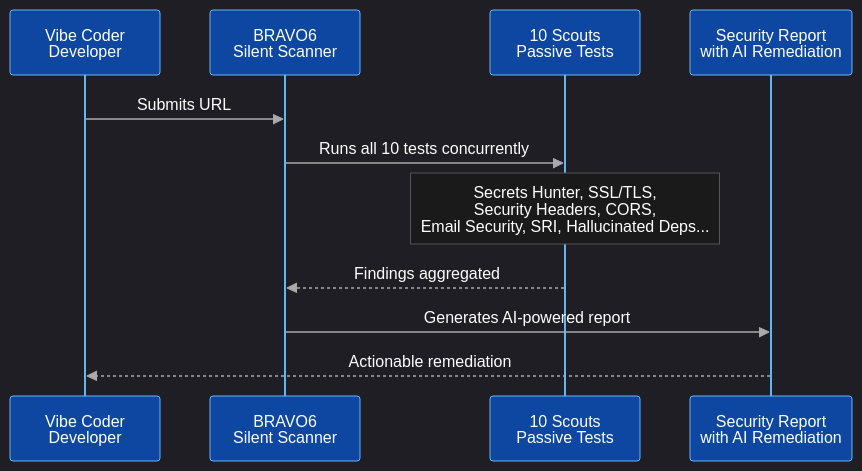
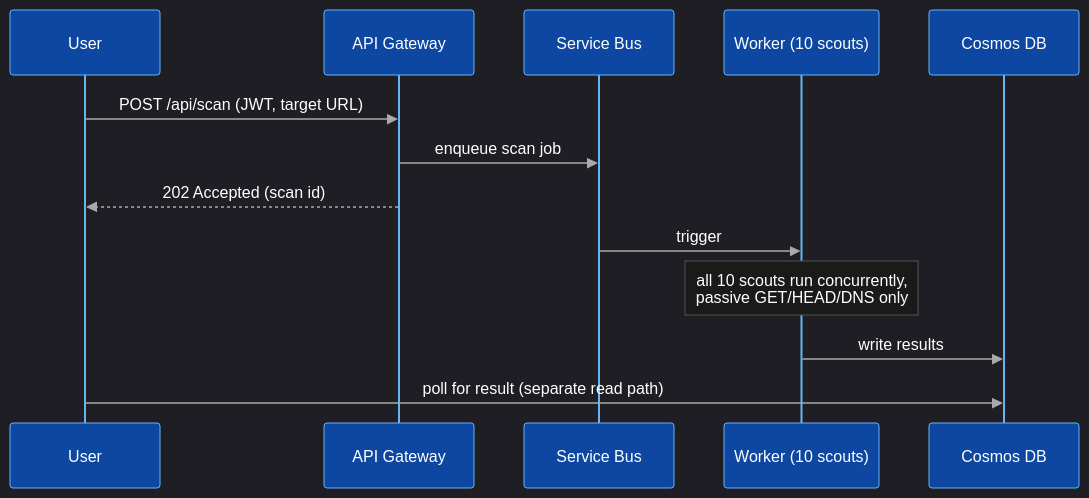
Before and after one commit to amramer101/Bravo6-RS: the diagram in docs/index.md, drawn with Mermaid. The commit also changed other lines of this file and 9 other files, not shown here.

````diff
--- a/docs/index.md
+++ b/docs/index.md
@@ -47,37 +30,39 @@
 ```mermaid
 %%{init: {
   'theme': 'dark',
   'themeVariables': {
     'primaryColor': '#0D47A1',
     'primaryBorderColor': '#64B5F6',
     'lineColor': '#aaa',
     'secondaryColor': '#1A237E',
     'tertiaryColor': '#311B92',
     'actorBkg': '#0D47A1',
     'actorBorder': '#64B5F6',
     'actorTextColor': '#fff',
     'actorLineColor': '#64B5F6',
     'signalColor': '#aaa',
     'signalTextColor': '#fff',
     'labelBoxBkgColor': '#1B5E20',
     'labelBoxBorderColor': '#81C784',
     'labelTextColor': '#fff',
     'loopTextColor': '#fff',
     'noteBorderColor': '#555',
     'noteBkgColor': '#1a1a1a',
     'noteTextColor': '#fff'
   }
 }}%%
 sequenceDiagram
-    participant VibeCoder as Vibe Coder<br>Developer
-    participant BRAVO6 as BRAVO6<br>Silent Scanner
-    participant Scouts as 10 Scouts<br>Passive Tests
-    participant Report as Security Report<br>with AI Remediation
+    participant User as User
+    participant GW as API Gateway
+    participant SB as Service Bus
+    participant W as Worker (10 scouts)
+    participant DB as Cosmos DB
 
-    VibeCoder->>BRAVO6: Submits URL
-    BRAVO6->>Scouts: Runs all 10 tests concurrently
-    Note over Scouts: Secrets Hunter, SSL/TLS,<br>Security Headers, CORS,<br>Email Security, SRI, Hallucinated Deps...
-    Scouts-->>BRAVO6: Findings aggregated
-    BRAVO6->>Report: Generates AI-powered report
-    Report-->>VibeCoder: Actionable remediation
+    User->>GW: POST /api/scan (JWT, target URL)
+    GW->>SB: enqueue scan job
+    GW-->>User: 202 Accepted (scan id)
+    SB->>W: trigger
+    Note over W: all 10 scouts run concurrently,<br/>passive GET/HEAD/DNS only
+    W->>DB: write results
+    User->>DB: poll for result (separate read path)
 ```
````
